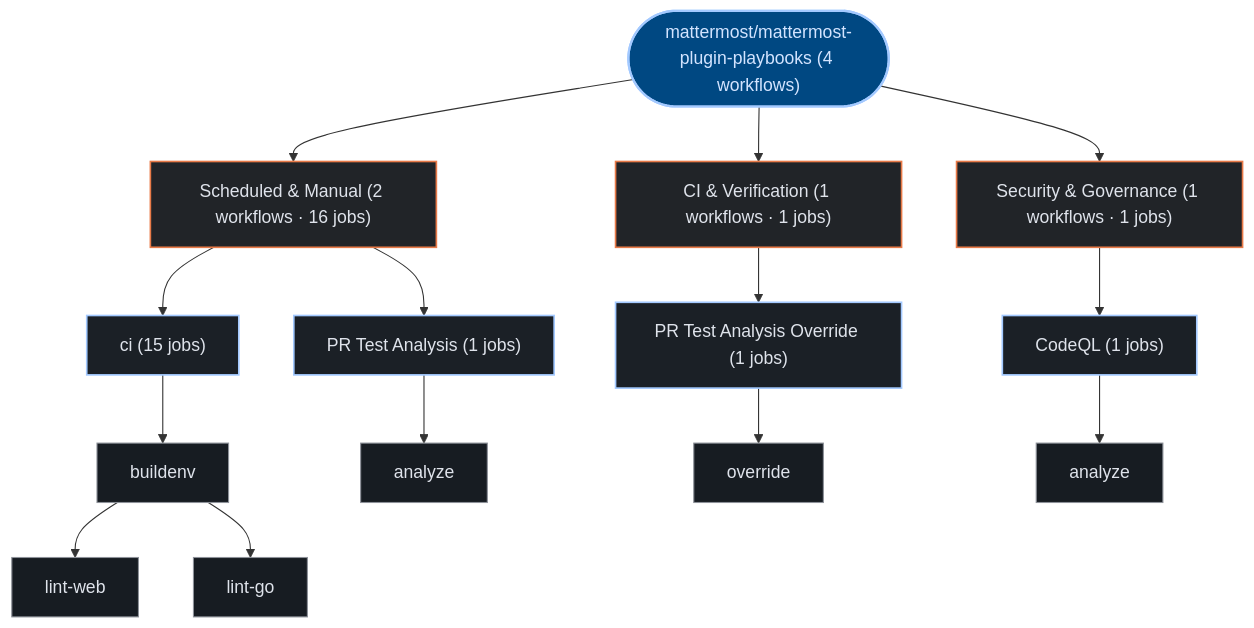
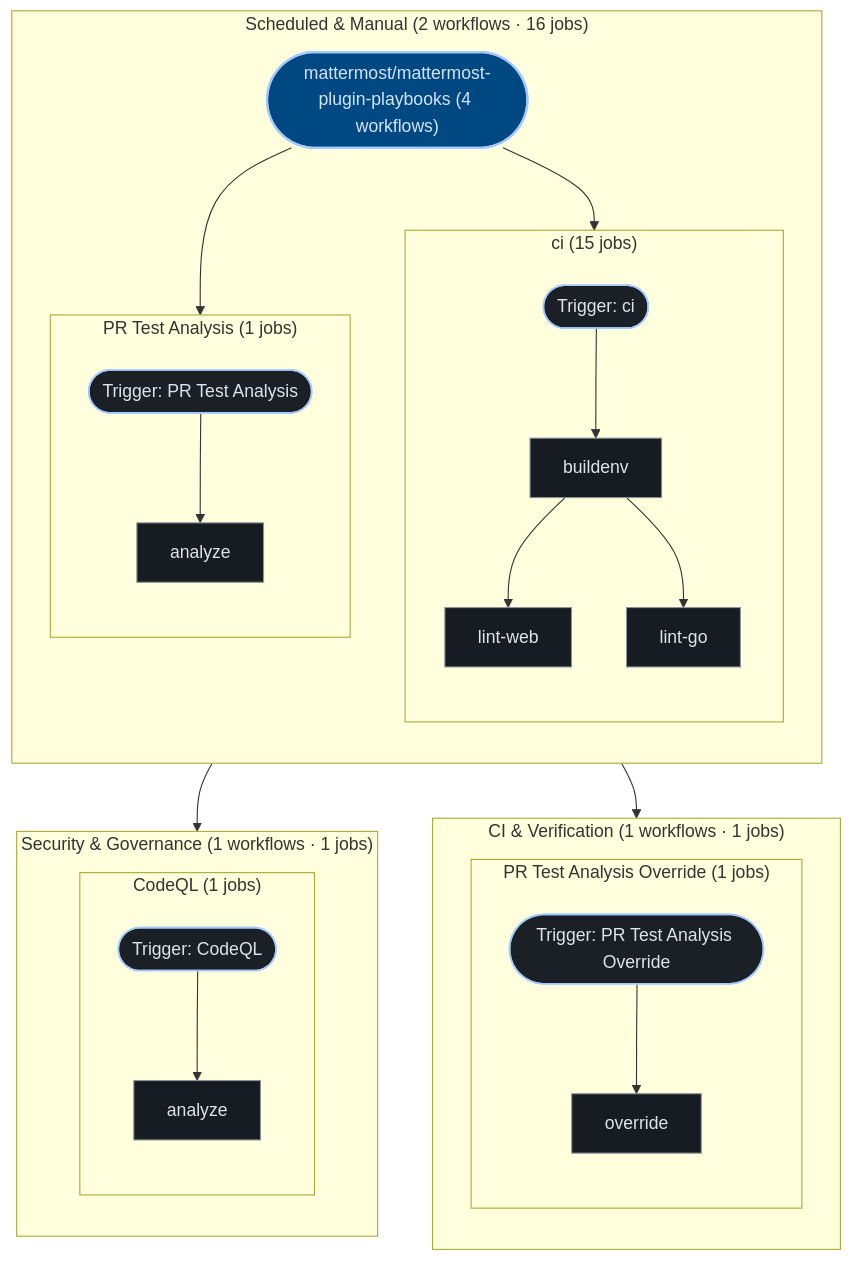
One commit to kumarshaz/atruss-code-atlas changed the third of 3 diagrams in exports/latest/reports/mattermost-mattermost-plugin-playbooks-report.md. Above: the diagram before and after it, drawn with Mermaid. The commit also changed 181 other files, not shown here.

````diff
--- a/exports/latest/reports/mattermost-mattermost-plugin-playbooks-report.md
+++ b/exports/latest/reports/mattermost-mattermost-plugin-playbooks-report.md
@@ -247,37 +247,52 @@
 ```mermaid
 graph TD;
   classDef atlasRoot fill:#004882,stroke:#a3c9ff,stroke-width:2px,color:#d3e4ff
   classDef atlasCategory fill:#212428,stroke:#E87A48,stroke-width:1.5px,color:#dfe3eb
   classDef atlasWorkflow fill:#1b2026,stroke:#a3c9ff,stroke-width:1.5px,color:#dfe3eb
   classDef atlasJob fill:#171c22,stroke:#8d9199,stroke-width:1px,color:#dfe3eb
   classDef atlasTarget fill:#005227,stroke:#8bd99b,stroke-width:1.5px,color:#a7f6b6
   classDef atlasAlert fill:#93000a,stroke:#ffb4ab,stroke-width:1.5px,color:#ffdad6
   classDef atlasMore fill:#252a31,stroke:#8d9199,stroke-dasharray:4 4,color:#c3c6cf
   pipeline_root(["mattermost/mattermost-plugin-playbooks (4 workflows)"]):::atlasRoot
-  grp_0_Scheduled___Manual["Scheduled & Manual (2 workflows · 16 jobs)"]:::atlasCategory
-  pipeline_root --> grp_0_Scheduled___Manual
-  wf_0_ci["ci (15 jobs)"]:::atlasWorkflow
-  grp_0_Scheduled___Manual --> wf_0_ci
-  job_0_buildenv["buildenv"]:::atlasJob
-  job_0_lint_web["lint-web"]:::atlasJob
-  job_0_lint_go["lint-go"]:::atlasJob
-  wf_0_ci --> job_0_buildenv
-  job_0_buildenv --> job_0_lint_web
-  job_0_buildenv --> job_0_lint_go
-  wf_3_PR_Test_Analysis["PR Test Analysis (1 jobs)"]:::atlasWorkflow
-  grp_0_Scheduled___Manual --> wf_3_PR_Test_Analysis
-  job_3_analyze["analyze"]:::atlasJob
-  wf_3_PR_Test_Analysis --> job_3_analyze
-  grp_1_CI___Verification["CI & Verification (1 workflows · 1 jobs)"]:::atlasCategory
-  pipeline_root --> grp_1_CI___Verification
-  wf_2_PR_Test_Analysis_Override["PR Test Analysis Override (1 jobs)"]:::atlasWorkflow
-  grp_1_CI___Verification --> wf_2_PR_Test_Analysis_Override
-  job_2_override["override"]:::atlasJob
-  wf_2_PR_Test_Analysis_Override --> job_2_override
-  grp_2_Security___Governance["Security & Governance (1 workflows · 1 jobs)"]:::atlasCategory
-  pipeline_root --> grp_2_Security___Governance
-  wf_1_CodeQL["CodeQL (1 jobs)"]:::atlasWorkflow
-  grp_2_Security___Governance --> wf_1_CodeQL
-  job_1_analyze["analyze"]:::atlasJob
-  wf_1_CodeQL --> job_1_analyze
+  subgraph sg_grp_0_Scheduled___Manual["Scheduled & Manual (2 workflows · 16 jobs)"]
+    direction TB
+    subgraph sg_wf_0_ci["ci (15 jobs)"]
+      direction TB
+      wf_0_ci(["Trigger: ci"]):::atlasWorkflow
+      job_0_buildenv["buildenv"]:::atlasJob
+      job_0_lint_web["lint-web"]:::atlasJob
+      job_0_lint_go["lint-go"]:::atlasJob
+      wf_0_ci --> job_0_buildenv
+      job_0_buildenv --> job_0_lint_web
+      job_0_buildenv --> job_0_lint_go
+    end
+    pipeline_root --> wf_0_ci
+    subgraph sg_wf_3_PR_Test_Analysis["PR Test Analysis (1 jobs)"]
+      direction TB
+      wf_3_PR_Test_Analysis(["Trigger: PR Test Analysis"]):::atlasWorkflow
+      job_3_analyze["analyze"]:::atlasJob
+      wf_3_PR_Test_Analysis --> job_3_analyze
+    end
+    pipeline_root --> wf_3_PR_Test_Analysis
+  end
+  subgraph sg_grp_1_CI___Verification["CI & Verification (1 workflows · 1 jobs)"]
+    direction TB
+    subgraph sg_wf_2_PR_Test_Analysis_Override["PR Test Analysis Override (1 jobs)"]
+      direction TB
+      wf_2_PR_Test_Analysis_Override(["Trigger: PR Test Analysis Override"]):::atlasWorkflow
+      job_2_override["override"]:::atlasJob
+      wf_2_PR_Test_Analysis_Override --> job_2_override
+    end
+    pipeline_root --> wf_2_PR_Test_Analysis_Override
+  end
+  subgraph sg_grp_2_Security___Governance["Security & Governance (1 workflows · 1 jobs)"]
+    direction TB
+    subgraph sg_wf_1_CodeQL["CodeQL (1 jobs)"]
+      direction TB
+      wf_1_CodeQL(["Trigger: CodeQL"]):::atlasWorkflow
+      job_1_analyze["analyze"]:::atlasJob
+      wf_1_CodeQL --> job_1_analyze
+    end
+    pipeline_root --> wf_1_CodeQL
+  end
 ```
````
